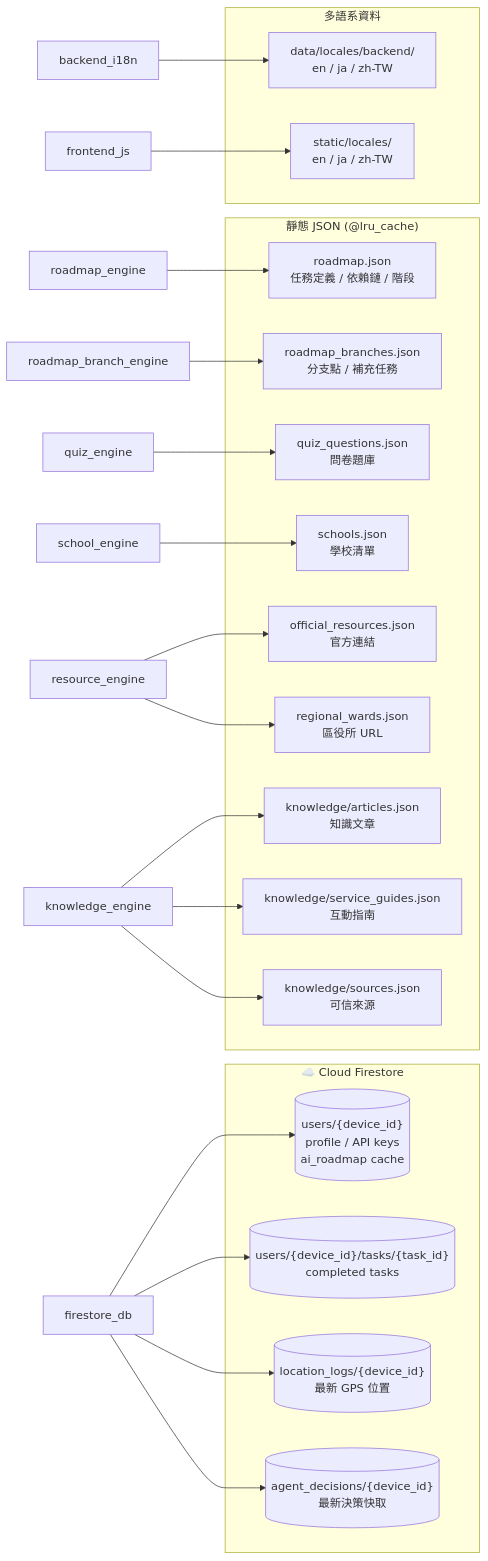
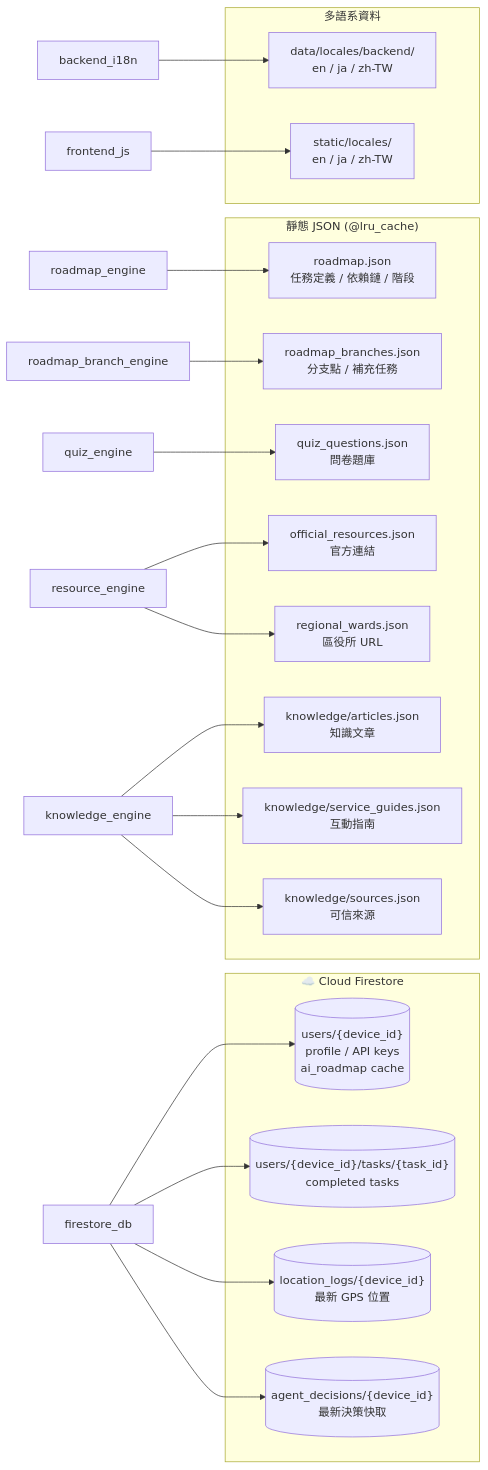
Before and after one commit to faetstoree/HARU: the fourth of 6 diagrams in ARCHITECTURE_ZH.md, drawn with Mermaid. The commit also changed other lines of this file and 5 other files, not shown here.

````diff
--- a/ARCHITECTURE_ZH.md
+++ b/ARCHITECTURE_ZH.md
@@ -186,42 +181,40 @@
 ```mermaid
 graph LR
     subgraph Firestore["☁️ Cloud Firestore"]
         T1[("users/{device_id}<br/>profile / API keys<br/>ai_roadmap cache")]
         T2[("users/{device_id}/tasks/{task_id}<br/>completed tasks")]
         T3[("location_logs/{device_id}<br/>最新 GPS 位置")]
         T4[("agent_decisions/{device_id}<br/>最新決策快取")]
     end
 
     subgraph JSON["靜態 JSON (@lru_cache)"]
         J1["roadmap.json<br/>任務定義 / 依賴鏈 / 階段"]
         J2["roadmap_branches.json<br/>分支點 / 補充任務"]
         J3["quiz_questions.json<br/>問卷題庫"]
-        J4["schools.json<br/>學校清單"]
-        J5["official_resources.json<br/>官方連結"]
-        J6["regional_wards.json<br/>區役所 URL"]
-        J7["knowledge/articles.json<br/>知識文章"]
-        J8["knowledge/service_guides.json<br/>互動指南"]
-        J9["knowledge/sources.json<br/>可信來源"]
+        J4["official_resources.json<br/>官方連結"]
+        J5["regional_wards.json<br/>區役所 URL"]
+        J6["knowledge/articles.json<br/>知識文章"]
+        J7["knowledge/service_guides.json<br/>互動指南"]
+        J8["knowledge/sources.json<br/>可信來源"]
     end
 
     subgraph I18N["多語系資料"]
         L1["data/locales/backend/<br/>en / ja / zh-TW"]
         L2["static/locales/<br/>en / ja / zh-TW"]
     end
 
     firestore_db --> T1
     firestore_db --> T2
     firestore_db --> T3
     firestore_db --> T4
     roadmap_engine --> J1
     roadmap_branch_engine --> J2
     quiz_engine --> J3
-    school_engine --> J4
+    resource_engine --> J4
     resource_engine --> J5
-    resource_engine --> J6
+    knowledge_engine --> J6
     knowledge_engine --> J7
     knowledge_engine --> J8
-    knowledge_engine --> J9
     backend_i18n --> L1
     frontend_js --> L2
 ```
````
